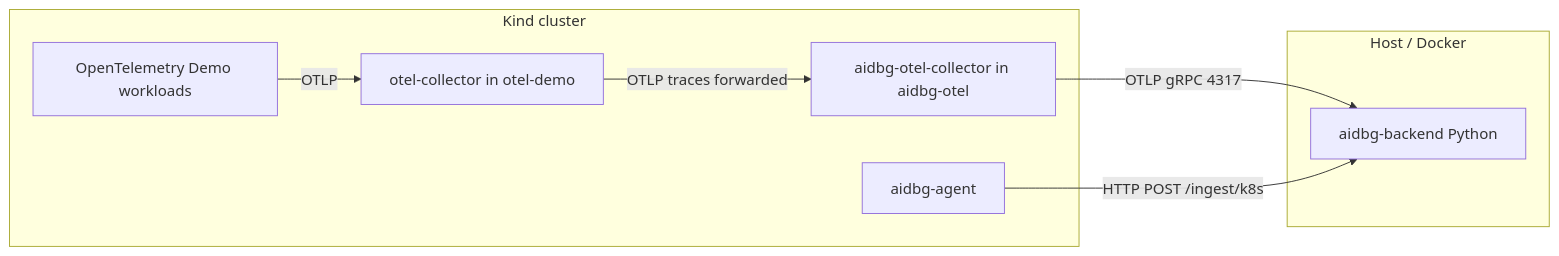
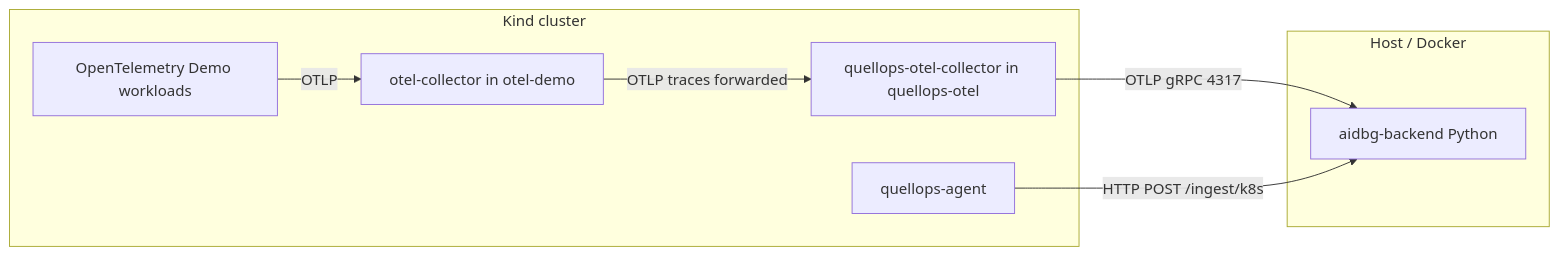
Before and after one commit to mishalraj/quellops: the diagram in docs/ENGINEERING_OVERVIEW.md, drawn with Mermaid. The commit also changed other lines of this file and 92 other files, not shown here.

````diff
--- a/docs/ENGINEERING_OVERVIEW.md
+++ b/docs/ENGINEERING_OVERVIEW.md
@@ -17,16 +17,16 @@
 ```mermaid
 flowchart LR
   subgraph cluster [Kind cluster]
     Demo[OpenTelemetry Demo workloads]
     DemoCol[otel-collector in otel-demo]
-    AidbgCol[aidbg-otel-collector in aidbg-otel]
-    Agent[aidbg-agent]
+    AidbgCol[quellops-otel-collector in quellops-otel]
+    Agent[quellops-agent]
   end
   subgraph host [Host / Docker]
     Backend[aidbg-backend Python]
   end
   Demo -->|OTLP| DemoCol
   DemoCol -->|OTLP traces forwarded| AidbgCol
   AidbgCol -->|OTLP gRPC 4317| Backend
   Agent -->|HTTP POST /ingest/k8s| Backend
 ```
````
